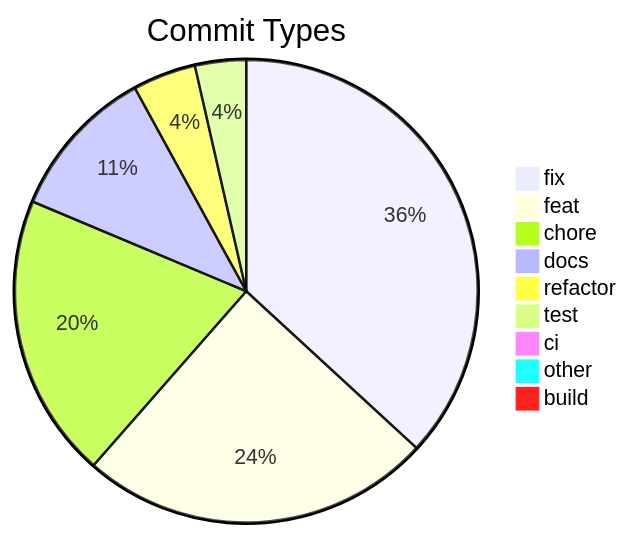
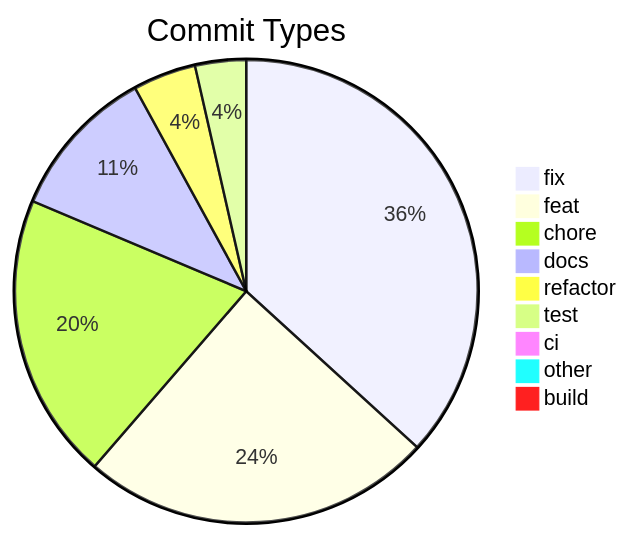
The diagram in .shipwright/compliance/change-history.md (svenroth-ai/shipwright-webui), drawn with Mermaid before and after one commit. The commit also changed other lines of this file and 22 other files, not shown here.

````diff
--- a/.shipwright/compliance/change-history.md
+++ b/.shipwright/compliance/change-history.md
@@ -8,12 +8,12 @@
 ```mermaid
 pie title Commit Types
     "fix" : 217
     "feat" : 145
-    "chore" : 117
+    "chore" : 118
     "docs" : 63
     "refactor" : 26
     "test" : 21
     "ci" : 5
     "other" : 4
     "build" : 1
 ```
````
